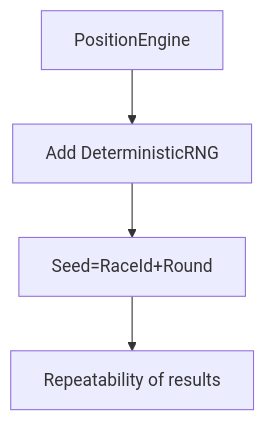
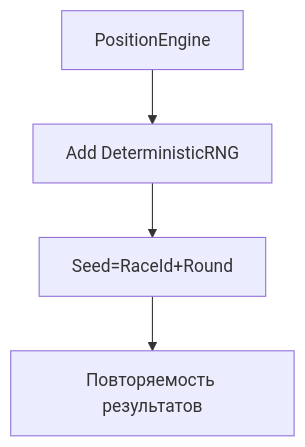
One commit to cpp20120/RollTheDice changed diagram 27 of 35 in Architecture.md. Above: the diagram before and after it, drawn with Mermaid. The commit also changed other lines of this file, not shown here.

````diff
--- a/Architecture.md
+++ b/Architecture.md
@@ -535,6 +547,6 @@
 ```mermaid
 flowchart TD
     A[PositionEngine] --> B[Add DeterministicRNG]
     B --> C[Seed=RaceId+Round]
-    C --> D[Repeatability of results]
+    C --> D[Повторяемость результатов]
 ```
````
